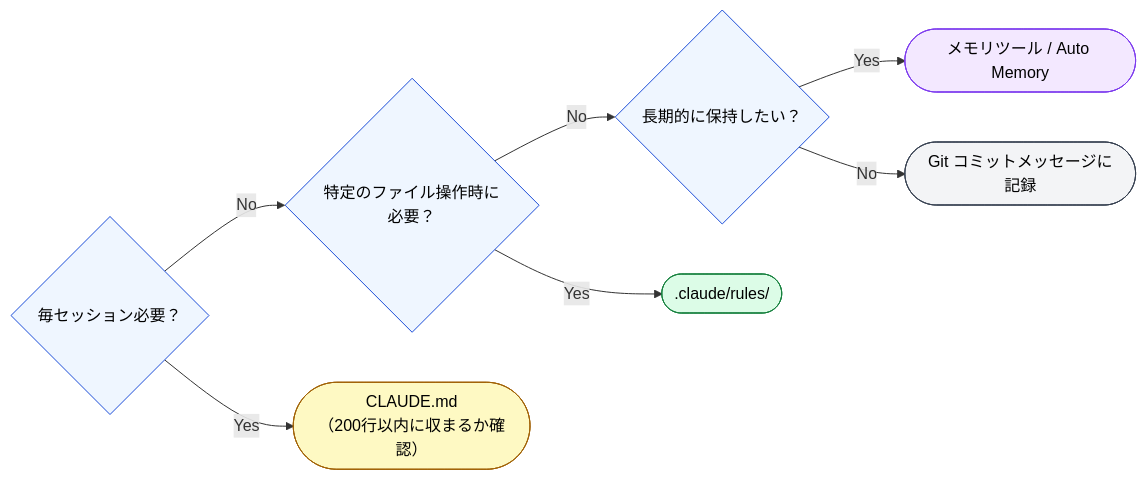
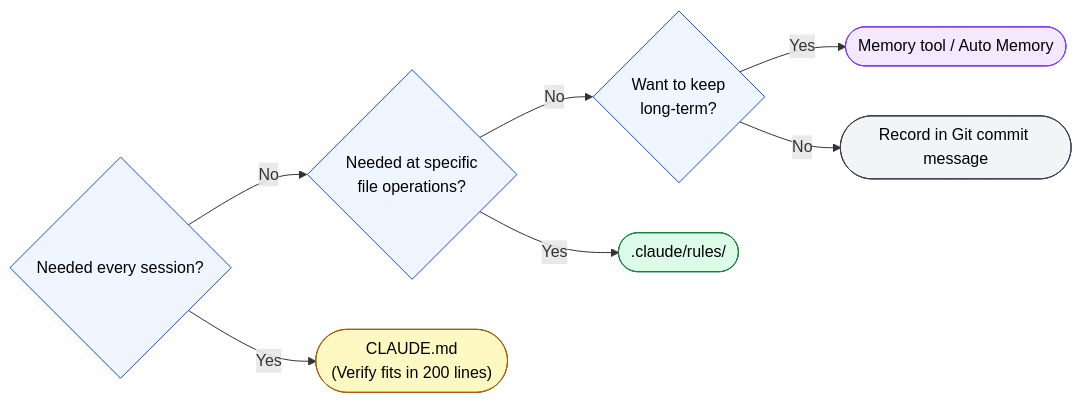
The diagram in docs/08-session-management/tools-comparison.md (shuji-bonji/understanding-llm-through-claude-code), drawn with Mermaid before and after one commit. The commit also changed other lines of this file and 100 other files, not shown here.

````diff
--- a/docs/08-session-management/tools-comparison.md
+++ b/docs/08-session-management/tools-comparison.md
@@ -18,25 +20,25 @@
 ```mermaid
 flowchart LR
-    Q1{"毎セッション必要？"}
-    Q2{"特定のファイル操作時に<br>必要？"}
-    Q3{"長期的に保持したい？"}
-    CLAUDE(["CLAUDE.md<br>（200行以内に収まるか確認）"])
+    Q1{"Needed every session?"}
+    Q2{"Needed at specific<br>file operations?"}
+    Q3{"Want to keep<br>long-term?"}
+    CLAUDE(["CLAUDE.md<br>(Verify fits in 200 lines)"])
     RULES([".claude/rules/"])
-    MEMORY(["メモリツール / Auto Memory"])
-    GIT(["Git コミットメッセージに記録"])
+    MEMORY(["Memory tool / Auto Memory"])
+    GIT(["Record in Git commit message"])
 
     Q1 -->|"Yes"| CLAUDE
     Q1 -->|"No"| Q2
     Q2 -->|"Yes"| RULES
     Q2 -->|"No"| Q3
     Q3 -->|"Yes"| MEMORY
     Q3 -->|"No"| GIT
 
     style Q1 fill:#eff6ff,stroke:#1d4ed8,color:#000
     style Q2 fill:#eff6ff,stroke:#1d4ed8,color:#000
     style Q3 fill:#eff6ff,stroke:#1d4ed8,color:#000
     style CLAUDE fill:#fef9c3,stroke:#a16207,color:#000
     style RULES fill:#dcfce7,stroke:#15803d,color:#000
     style MEMORY fill:#f3e8ff,stroke:#7c3aed,color:#000
     style GIT fill:#f3f4f6,stroke:#374151,color:#000
 ```
````
